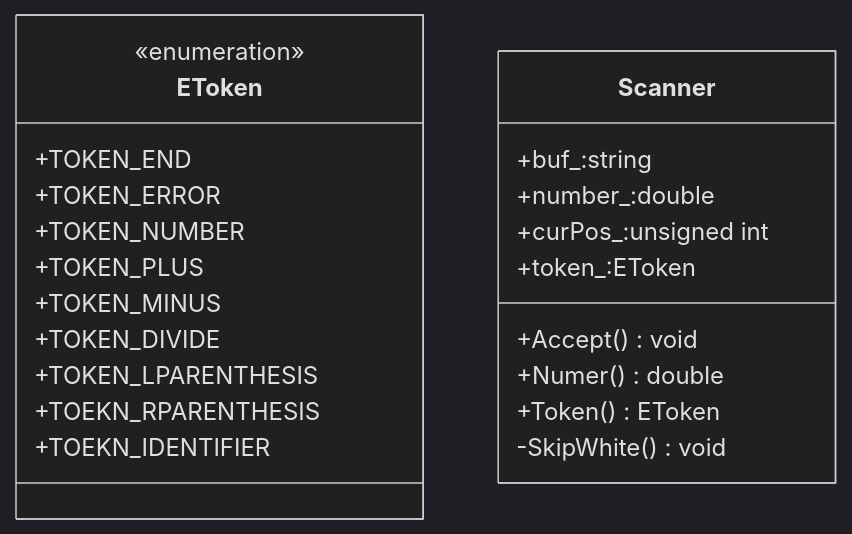
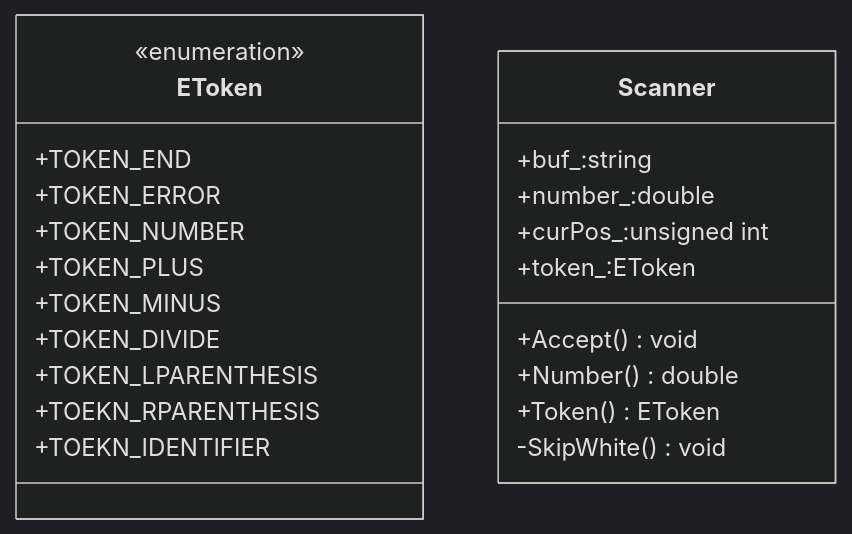
Before and after one commit to lg641135360/lc_cpp: the diagram in note/cpp/表达式计算器/scanner.md, drawn with Mermaid (dark theme). The commit also changed 7 other files, not shown here.

````diff
--- a/note/cpp/表达式计算器/scanner.md
+++ b/note/cpp/表达式计算器/scanner.md
@@ -1,25 +1,25 @@
 ```mermaid
 classDiagram
 class EToken{
 	<<enumeration>>
 	+TOKEN_END
 	+TOKEN_ERROR
 	+TOKEN_NUMBER
 	+TOKEN_PLUS
 	+TOKEN_MINUS
 	+TOKEN_DIVIDE
 	+TOKEN_LPARENTHESIS
 	+TOEKN_RPARENTHESIS
 	+TOEKN_IDENTIFIER
 }
 class Scanner{
 	+buf_:string
 	+number_:double
 	+curPos_:unsigned int
 	+token_:EToken
-	+Accept() void
-	+Numer() double
+	+Accept() void 
+	+Number() double
 	+Token() EToken
 	-SkipWhite() void
 }
 ```
````
